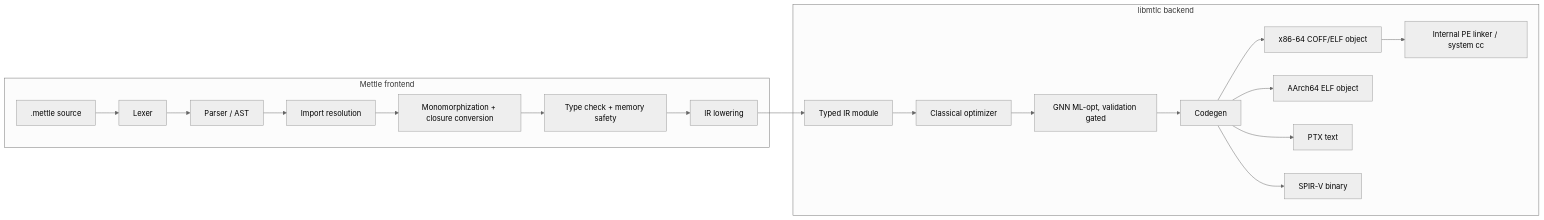
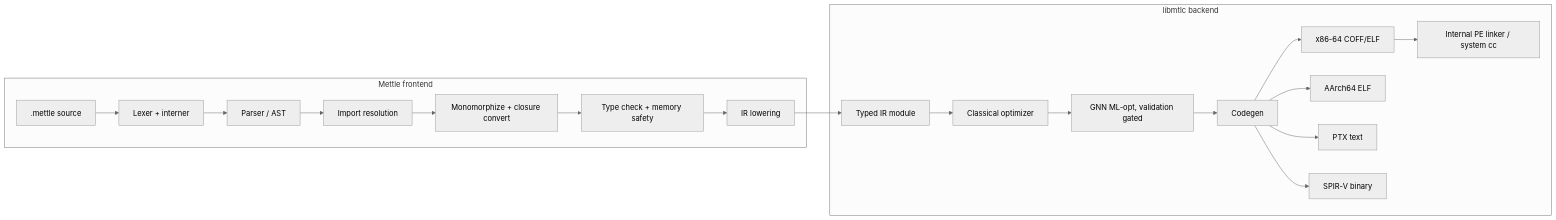
Before and after one commit to The-Mettle-Project/mettle-core: the first of 2 diagrams in docs/ARCHITECTURE.md, drawn with Mermaid (neutral theme). The commit also changed other lines of this file and 8 other files, not shown here.

````diff
--- a/docs/ARCHITECTURE.md
+++ b/docs/ARCHITECTURE.md
@@ -33,22 +52,22 @@
 ```mermaid
 flowchart LR
   subgraph fe [Mettle frontend]
-    src[.mettle source] --> lex[Lexer]
+    src[.mettle source] --> lex[Lexer + interner]
     lex --> parse[Parser / AST]
     parse --> imports[Import resolution]
-    imports --> mono[Monomorphization + closure conversion]
+    imports --> mono[Monomorphize + closure convert]
     mono --> tc[Type check + memory safety]
     tc --> lower[IR lowering]
   end
   subgraph be [libmtlc backend]
     lower --> ir[Typed IR module]
     ir --> opt[Classical optimizer]
     opt --> ml[GNN ML-opt, validation gated]
     ml --> cg[Codegen]
-    cg --> x86[x86-64 COFF/ELF object]
-    cg --> a64[AArch64 ELF object]
+    cg --> x86[x86-64 COFF/ELF]
+    cg --> a64[AArch64 ELF]
     cg --> ptx[PTX text]
     cg --> spv[SPIR-V binary]
     x86 --> link[Internal PE linker / system cc]
   end
 ```
````
